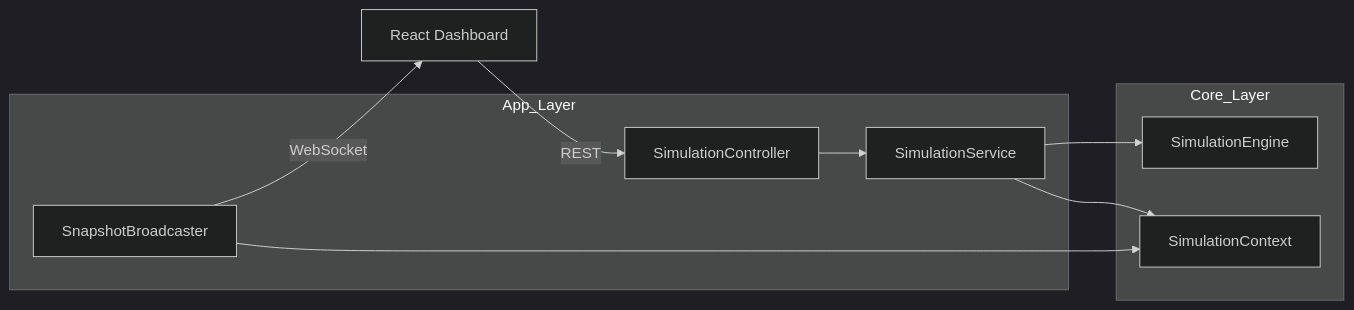
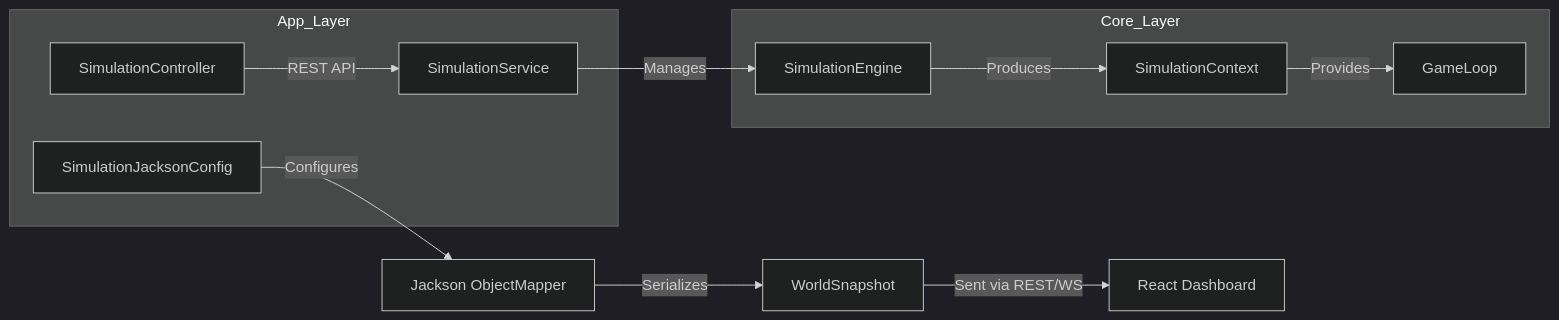
Before and after one commit to ursusandwolf/alex.kov.island: the sixth of 6 diagrams in docs/UML.md, drawn with Mermaid (dark theme). The commit also changed 20 other files, not shown here.

Commit message:
feat(app): implement WebSocket (STOMP) broadcasting for real-time simulation updates

````diff
--- a/docs/UML.md
+++ b/docs/UML.md
@@ -143,20 +143,22 @@
 ```mermaid
 graph LR
     subgraph App_Layer
         SC[SimulationController]
-        SB[SnapshotBroadcaster]
         SS[SimulationService]
+        JC[SimulationJacksonConfig]
     end
 
     subgraph Core_Layer
         SE[SimulationEngine]
         CX[SimulationContext]
+        GL[GameLoop]
     end
 
-    SC --> SS
-    SS --> SE
-    SS --> CX
-    SB --> CX
-    SB -- WebSocket --> Client[React Dashboard]
-    Client -- REST --> SC
+    SC -- REST API --> SS
+    SS -- Manages --> SE
+    SE -- Produces --> CX
+    CX -- Provides --> GL
+    JC -- Configures --> Mapper[Jackson ObjectMapper]
+    Mapper -- Serializes --> WS[WorldSnapshot]
+    WS -- Sent via REST/WS --> Client[React Dashboard]
 ```
````
